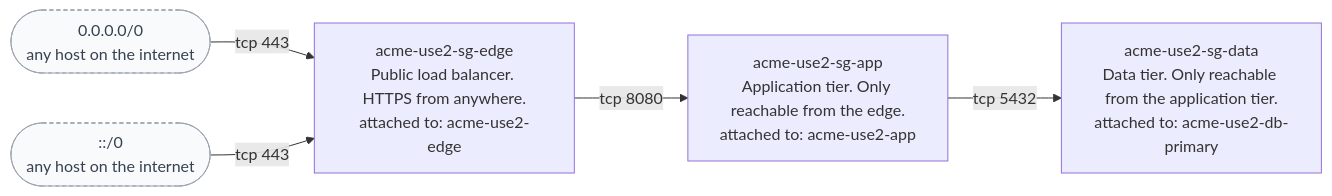
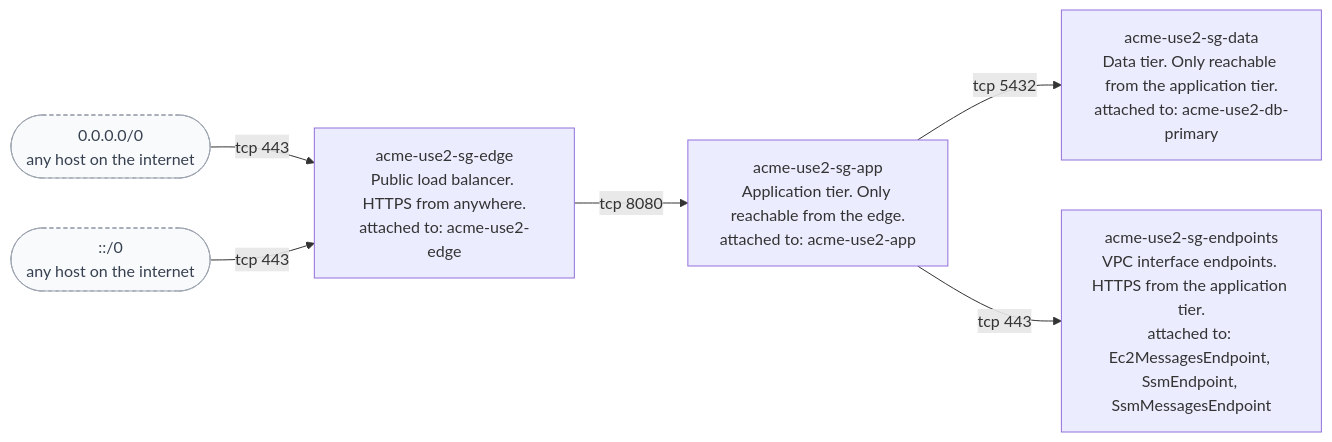
Before and after one commit to skyefugate/2026-09-SecKC-AI-Talk: the second of 3 diagrams in iac/vpc-baseline/README.md, drawn with Mermaid. The commit also changed other lines of this file, not shown here.

First line of the commit message:
docs(iac): regenerate architecture diagrams

````diff
--- a/iac/vpc-baseline/README.md
+++ b/iac/vpc-baseline/README.md
@@ -101,14 +104,16 @@
 ```mermaid
 flowchart LR
     ext_any_ipv4(["0.0.0.0/0<br/>any host on the internet"])
     ext_any_ipv6(["::/0<br/>any host on the internet"])
     AppSecurityGroup["acme-use2-sg-app<br/>Application tier. Only reachable from the edge.<br/>attached to: acme-use2-app"]
     DataSecurityGroup["acme-use2-sg-data<br/>Data tier. Only reachable from the application tier.<br/>attached to: acme-use2-db-primary"]
     EdgeSecurityGroup["acme-use2-sg-edge<br/>Public load balancer. HTTPS from anywhere.<br/>attached to: acme-use2-edge"]
+    EndpointSecurityGroup["acme-use2-sg-endpoints<br/>VPC interface endpoints. HTTPS from the application tier.<br/>attached to: Ec2MessagesEndpoint, SsmEndpoint, SsmMessagesEndpoint"]
     EdgeSecurityGroup -->|"tcp 8080"| AppSecurityGroup
     AppSecurityGroup -->|"tcp 5432"| DataSecurityGroup
     ext_any_ipv4 -->|"tcp 443"| EdgeSecurityGroup
     ext_any_ipv6 -->|"tcp 443"| EdgeSecurityGroup
+    AppSecurityGroup -->|"tcp 443"| EndpointSecurityGroup
     classDef ext fill:#f9fafb,stroke:#9ca3af,color:#374151,stroke-dasharray: 4 3;
     class ext_any_ipv4,ext_any_ipv6 ext;
 ```
````
